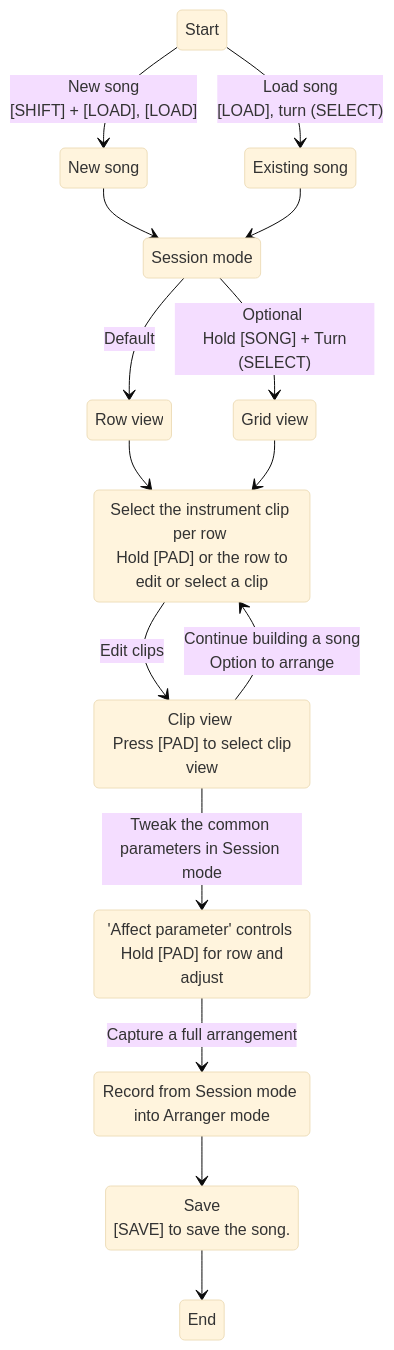
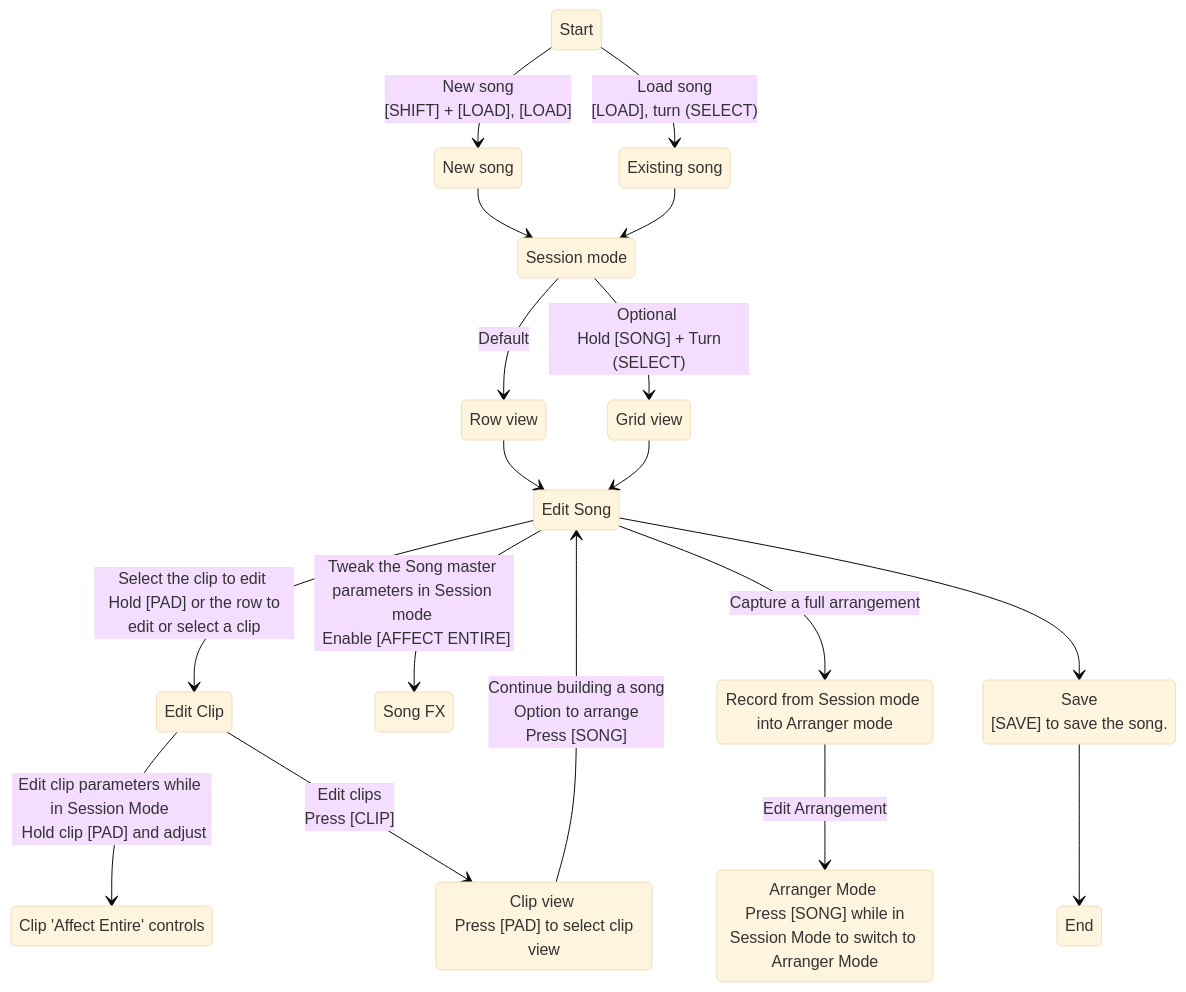
The diagram in docs/documentation/song/song.md (seangoodvibes/DelugeDocs), drawn with Mermaid (base theme) before and after one commit.

Commit message:
Adjust song workflow diagram

````diff
--- a/docs/documentation/song/song.md
+++ b/docs/documentation/song/song.md
@@ -9,27 +9,34 @@
 ``` mermaid
 stateDiagram-v2
-    Start --> 2: New song <br> [SHIFT] + [LOAD], [LOAD]
-    Start --> 3: Load song <br> [LOAD], turn (SELECT)
-    2: New song
-    3: Existing song
-    2 --> 4
-    3 --> 4
-    4: Session mode
-    4 --> 5: Default
-    4 --> 6: Optional <br> Hold [SONG] + Turn (SELECT)
-    5: Row view
-    6: Grid view
-    5 --> 7
-    6 --> 7
-    7: Select the instrument clip per row <br> Hold [PAD] or the row to edit or select a clip
-    7 --> 8: Edit clips
-    8: Clip view <br> Press [PAD] to select clip view
-    8 --> 7: Continue building a song <br> Option to arrange
-    8 --> 9: Tweak the common parameters in Session mode
-    9: 'Affect parameter' controls <br> Hold [PAD] for row and adjust 
-    9 --> 10: Capture a full arrangement
-    10: Record from Session mode into Arranger mode
-    10 --> 11
-    11: Save <br> [SAVE] to save the song.
-    11 --> End
+    Start --> NewSong: New song <br> [SHIFT] + [LOAD], [LOAD]
+    Start --> ExistingSong: Load song <br> [LOAD], turn (SELECT)
+    NewSong --> SessionMode
+    ExistingSong --> SessionMode
+    SessionMode --> RowView: Default
+    SessionMode --> GridView: Optional <br> Hold [SONG] + Turn (SELECT)
+    RowView --> EditSong
+    GridView --> EditSong
+    EditSong --> EditClip: Select the clip to edit <br> Hold [PAD] or the row to edit or select a clip
+    EditClip --> ClipParameters: Edit clip parameters while in Session Mode <br> Hold clip [PAD] and adjust
+    EditClip --> ClipView: Edit clips <br> Press [CLIP]
+    ClipView --> EditSong: Continue building a song <br> Option to arrange <br> Press [SONG]
+    EditSong --> SongFX: Tweak the Song master parameters in Session mode <br> Enable [AFFECT ENTIRE]
+    EditSong --> RecordToArranger: Capture a full arrangement
+    RecordToArranger --> ArrangerMode: Edit Arrangement
+    EditSong --> Save
+    Save --> End
+
+    NewSong: New song
+    ExistingSong: Existing song   
+    SessionMode: Session mode   
+    RowView: Row view
+    GridView: Grid view  
+    EditSong: Edit Song
+    EditClip: Edit Clip
+    ClipParameters: Clip 'Affect Entire' controls
+    ClipView: Clip view <br> Press [PAD] to select clip view
+    SongFX: Song FX
+    RecordToArranger: Record from Session mode into Arranger mode
+    ArrangerMode: Arranger Mode <br> Press [SONG] while in Session Mode to switch to Arranger Mode
+    Save: Save <br> [SAVE] to save the song.
 ```
````
